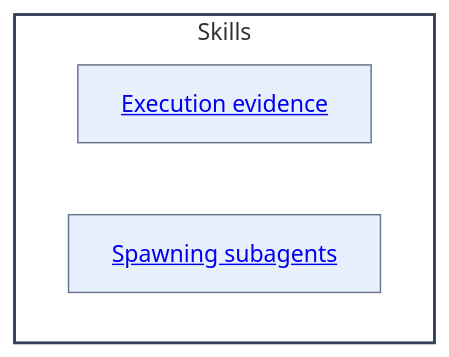
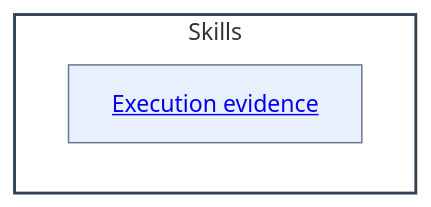
One commit to abstract-business-systems/as-is changed the diagram in skills/as-is.md. Above: the diagram before and after it, drawn with Mermaid. The commit also changed other lines of this file and 15 other files, not shown here.

````diff
--- a/skills/as-is.md
+++ b/skills/as-is.md
@@ -56,14 +56,13 @@
 ```mermaid
 %%{init: {"securityLevel": "loose"}}%%
 flowchart LR
     subgraph Skills["Skills"]
         direction LR
         ExecutionEvidence["<a href='./exploring-execution-evidence/as-is.md#design'>Execution evidence</a>"]
-        SpawningSubagents["<a href='./spawning-pi-subagents/as-is.md#design'>Spawning subagents</a>"]
 
     end
     classDef component fill:#f8fafc,fill-opacity:0.1,stroke:#334155,stroke-width:2px
     classDef child fill:#2563eb,fill-opacity:0.1,stroke:#64748b,stroke-width:1px
     class Skills component
-    class ExecutionEvidence,SpawningSubagents child
+    class ExecutionEvidence child
 ```
````
